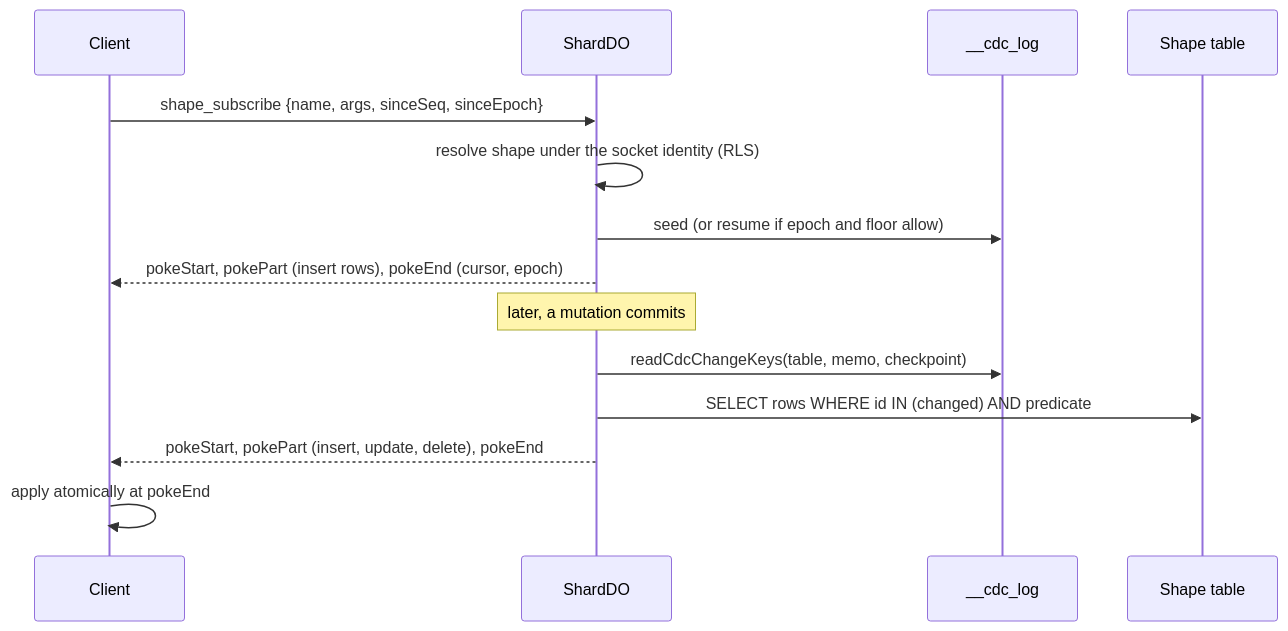
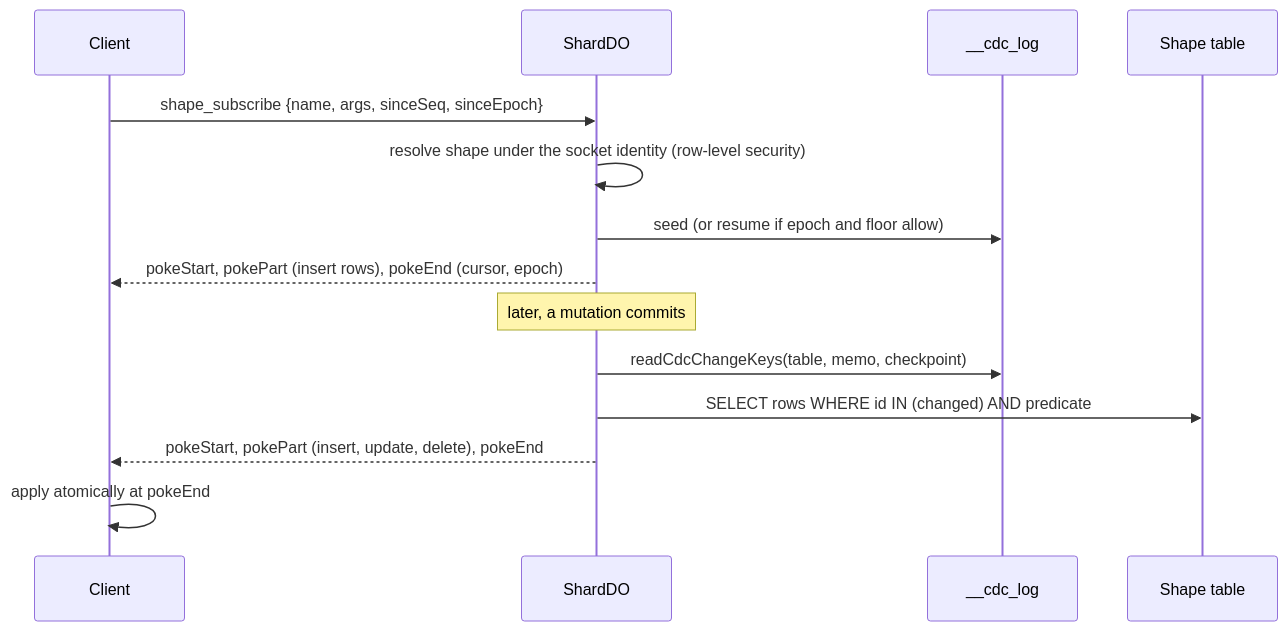
Before and after one commit to ewe-studios/explorations: the second of 2 diagrams in [src.lunora]/lunora/markdown/10-realtime-engine.md, drawn with Mermaid. The commit also changed other lines of this file and 38 other files, not shown here.

````diff
--- a/[src.lunora]/lunora/markdown/10-realtime-engine.md
+++ b/[src.lunora]/lunora/markdown/10-realtime-engine.md
@@ -55,16 +71,16 @@
 ```mermaid
 sequenceDiagram
     participant Cl as Client
     participant Sh as ShardDO
     participant Lg as __cdc_log
     participant Tb as Shape table
     Cl->>Sh: shape_subscribe {name, args, sinceSeq, sinceEpoch}
-    Sh->>Sh: resolve shape under the socket identity (RLS)
+    Sh->>Sh: resolve shape under the socket identity (row-level security)
     Sh->>Lg: seed (or resume if epoch and floor allow)
     Sh-->>Cl: pokeStart, pokePart (insert rows), pokeEnd (cursor, epoch)
     Note over Sh: later, a mutation commits
     Sh->>Lg: readCdcChangeKeys(table, memo, checkpoint)
     Sh->>Tb: SELECT rows WHERE id IN (changed) AND predicate
     Sh-->>Cl: pokeStart, pokePart (insert, update, delete), pokeEnd
     Cl->>Cl: apply atomically at pokeEnd
 ```
````
